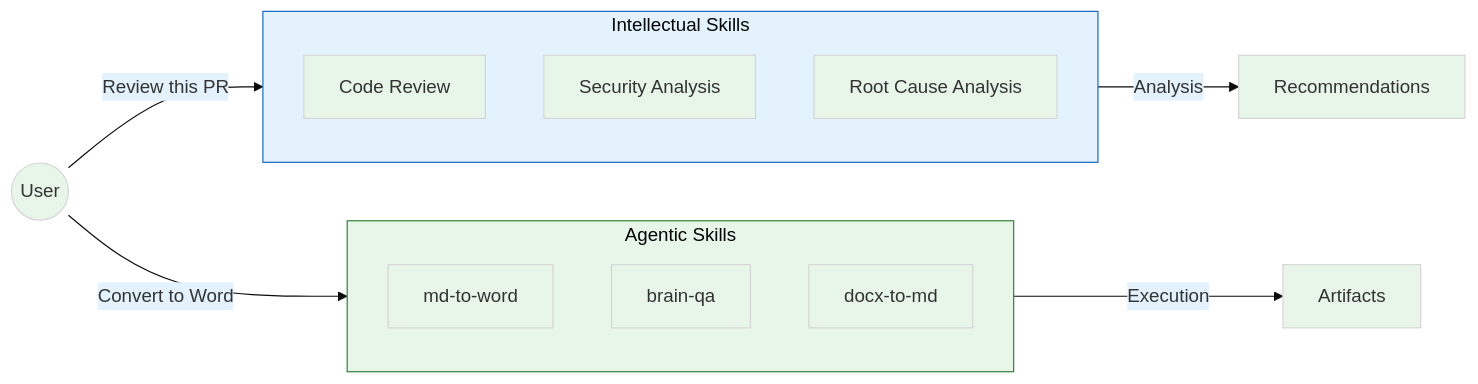
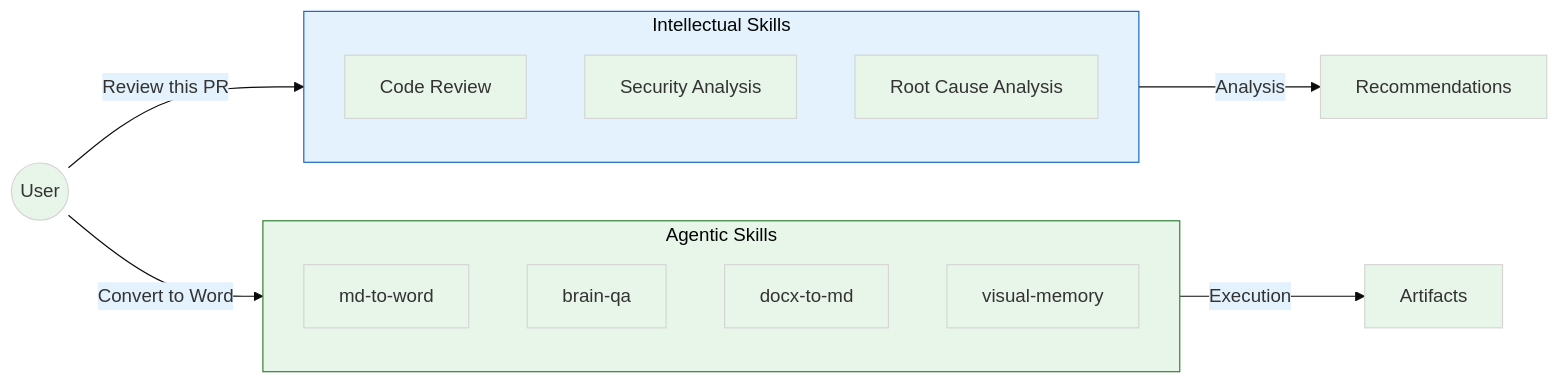
The first of 5 diagrams in alex_docs/architecture/AGENTIC-SKILL-ARCHITECTURE.md (fabioc-aloha/Alex_Plug_In), drawn with Mermaid before and after one commit. The commit also changed other lines of this file and 3 other files, not shown here.

First line of the commit message:
docs: update architecture docs with visual-memory agentic promotion

````diff
--- a/alex_docs/architecture/AGENTIC-SKILL-ARCHITECTURE.md
+++ b/alex_docs/architecture/AGENTIC-SKILL-ARCHITECTURE.md
@@ -69,24 +69,25 @@
 ```mermaid
 %%{init: {"theme": "base", "themeVariables": {"primaryColor": "#e8f5e9", "secondaryColor": "#e3f2fd"}}}%%
 flowchart LR
     subgraph INTELLECTUAL["Intellectual Skills"]
         I1["Code Review"]
         I2["Security Analysis"]
         I3["Root Cause Analysis"]
     end
     
     subgraph AGENTIC["Agentic Skills"]
         A1["md-to-word"]
         A2["brain-qa"]
         A3["docx-to-md"]
+        A4["visual-memory"]
     end
     
     USER((User)) -->|"Review this PR"| INTELLECTUAL
     USER -->|"Convert to Word"| AGENTIC
     
     INTELLECTUAL -->|"Analysis"| FEEDBACK["Recommendations"]
     AGENTIC -->|"Execution"| OUTPUT["Artifacts"]
     
     style INTELLECTUAL fill:#e3f2fd,stroke:#1565c0
     style AGENTIC fill:#e8f5e9,stroke:#2e7d32
 ```
````
